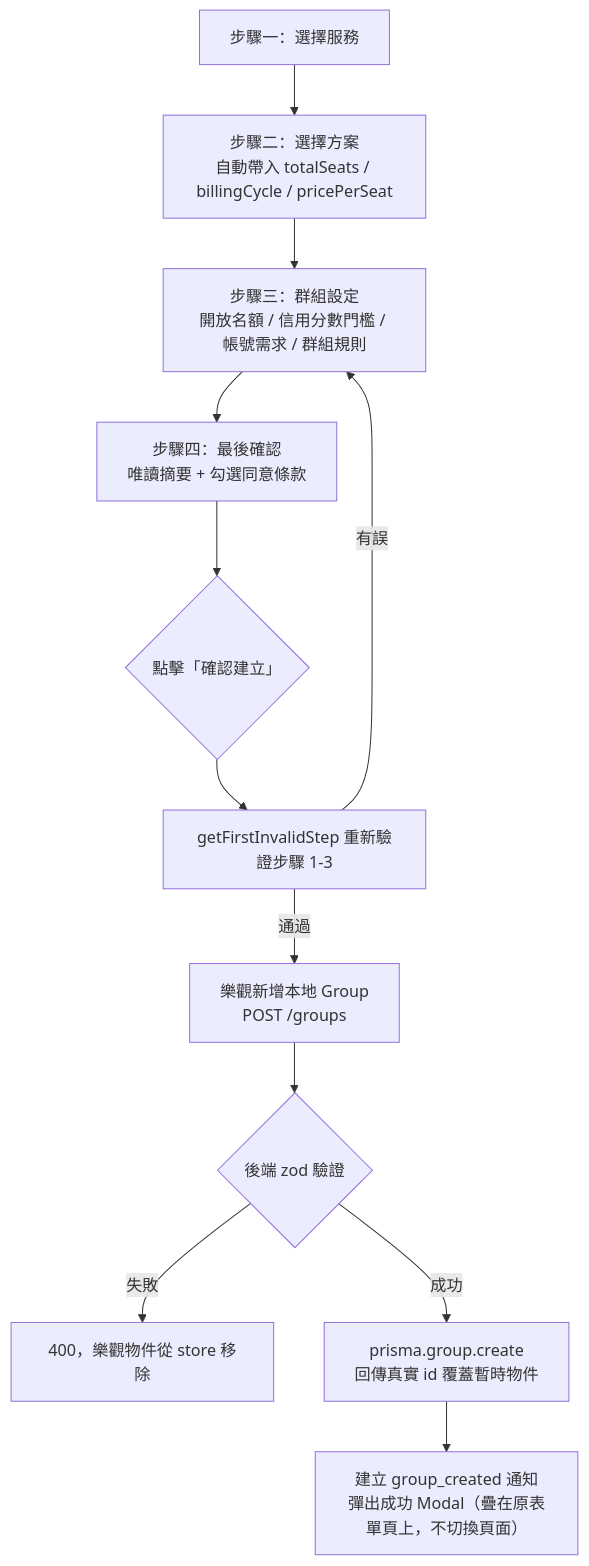
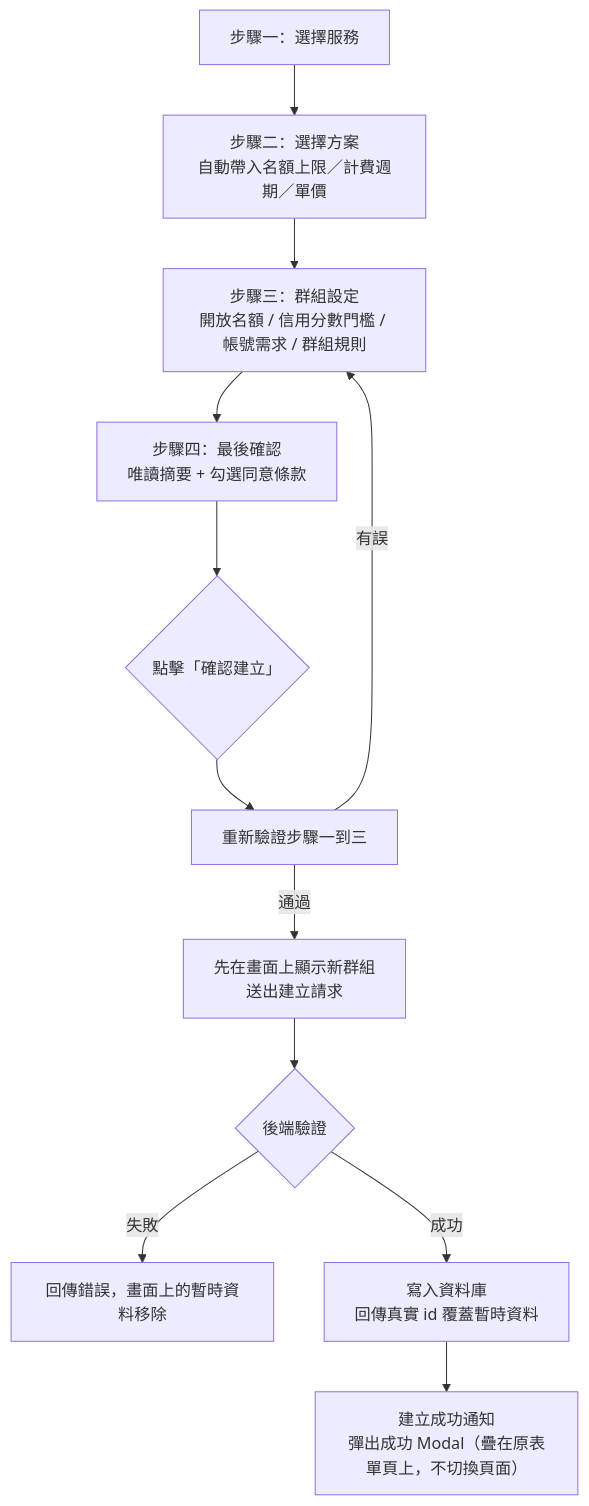
One commit to s1092055/PartyMatch changed the diagram in docs/flows/create-group-flow.md. Above: the diagram before and after it, drawn with Mermaid. The commit also changed other lines of this file and 12 other files, not shown here.

First line of the commit message:
docs: 精簡 flows 文件敘述，拿掉變數/prop/class 名與英文直翻術語

````diff
--- a/docs/flows/create-group-flow.md
+++ b/docs/flows/create-group-flow.md
@@ -8,14 +8,14 @@
 ```mermaid
 flowchart TD
-    A[步驟一：選擇服務] --> B[步驟二：選擇方案\n自動帶入 totalSeats / billingCycle / pricePerSeat]
+    A[步驟一：選擇服務] --> B[步驟二：選擇方案\n自動帶入名額上限／計費週期／單價]
     B --> C[步驟三：群組設定\n開放名額 / 信用分數門檻 / 帳號需求 / 群組規則]
     C --> D[步驟四：最後確認\n唯讀摘要 + 勾選同意條款]
     D --> E{點擊「確認建立」}
-    E --> F[getFirstInvalidStep 重新驗證步驟 1-3]
+    E --> F[重新驗證步驟一到三]
     F -->|有誤| C
-    F -->|通過| G[樂觀新增本地 Group\nPOST /groups]
-    G --> H{後端 zod 驗證}
-    H -->|失敗| I[400，樂觀物件從 store 移除]
-    H -->|成功| J[prisma.group.create\n回傳真實 id 覆蓋暫時物件]
-    J --> K[建立 group_created 通知\n彈出成功 Modal（疊在原表單頁上，不切換頁面）]
+    F -->|通過| G[先在畫面上顯示新群組\n送出建立請求]
+    G --> H{後端驗證}
+    H -->|失敗| I[回傳錯誤，畫面上的暫時資料移除]
+    H -->|成功| J[寫入資料庫\n回傳真實 id 覆蓋暫時資料]
+    J --> K[建立成功通知\n彈出成功 Modal（疊在原表單頁上，不切換頁面）]
 ```
````
